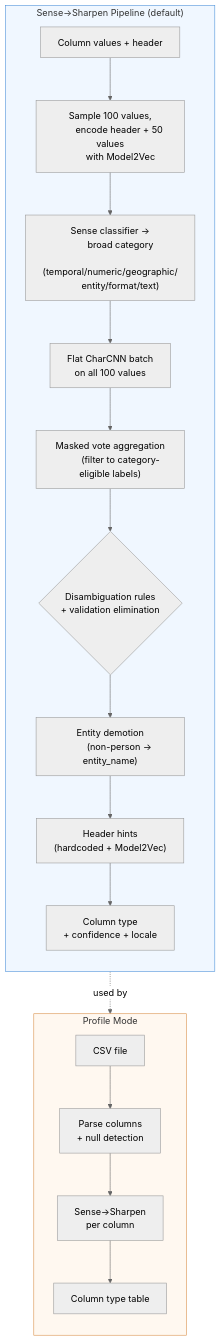
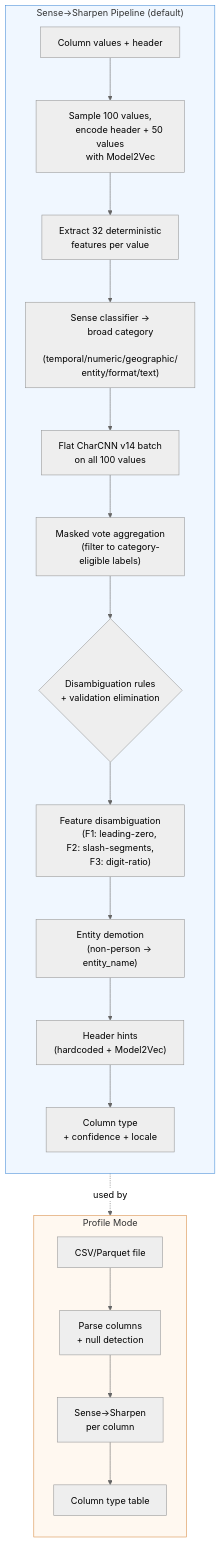
Before and after one commit to meridian-online/finetype: the diagram in README.md, drawn with Mermaid (neutral theme). The commit also changed other lines of this file and 2 other files, not shown here.

First line of the commit message:
NNFT-256: Update README for v0.6.7 — 250 types, MCP, load, features

````diff
--- a/README.md
+++ b/README.md
@@ -210,39 +194,44 @@
 ```mermaid
 flowchart TB
     subgraph sense ["Sense→Sharpen Pipeline (default)"]
         direction TB
         A["Column values + header"] --> B["Sample 100 values,
         encode header + 50 values
         with Model2Vec"]
-        B --> C["Sense classifier →
+        B --> B2["Extract 32 deterministic
+        features per value"]
+        B2 --> C["Sense classifier →
         broad category
         (temporal/numeric/geographic/
         entity/format/text)"]
-        C --> D["Flat CharCNN batch
+        C --> D["Flat CharCNN v14 batch
         on all 100 values"]
         D --> E["Masked vote aggregation
         (filter to category-eligible labels)"]
         E --> F{"Disambiguation rules
         + validation elimination"}
-        F --> G["Entity demotion
+        F --> F2["Feature disambiguation
+        (F1: leading-zero, F2: slash-segments,
+        F3: digit-ratio)"]
+        F2 --> G["Entity demotion
         (non-person → entity_name)"]
         G --> H["Header hints
         (hardcoded + Model2Vec)"]
         H --> I["Column type
         + confidence + locale"]
     end
 
     subgraph profile ["Profile Mode"]
         direction TB
-        L["CSV file"] --> M["Parse columns
+        L["CSV/Parquet file"] --> M["Parse columns
         + null detection"]
         M --> N["Sense→Sharpen
         per column"]
         N --> O["Column type table"]
     end
 
     sense -.->|"used by"| profile
 
     style sense fill:#f0f7ff,stroke:#4a90d9
     style profile fill:#fff8f0,stroke:#d9904a
 ```
````
